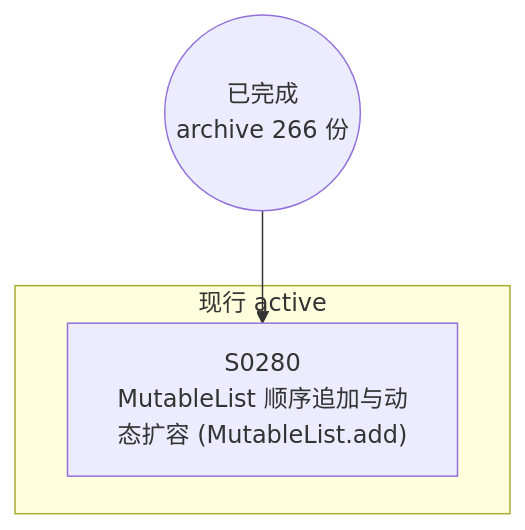
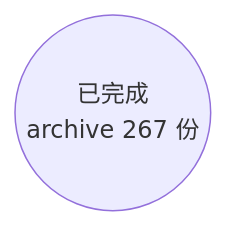
One commit to Halckon/Koven changed the diagram in docs/specs/dependency-graph.md. Above: the diagram before and after it, drawn with Mermaid. The commit also changed other lines of this file and 7 other files, not shown here.

Commit message:
docs(spec-0280): archive MutableList.add specification (SPEC-0280)

````diff
--- a/docs/specs/dependency-graph.md
+++ b/docs/specs/dependency-graph.md
@@ -9,8 +9,4 @@
 ```mermaid
 flowchart TD
-ARCH(("已完成<br/>archive 266 份"))
-subgraph Gactive["现行 active"]
-  S0280["S0280<br/>MutableList 顺序追加与动态扩容 (MutableList.add)"]
-end
-ARCH --> S0280
+ARCH(("已完成<br/>archive 267 份"))
 ```
````
